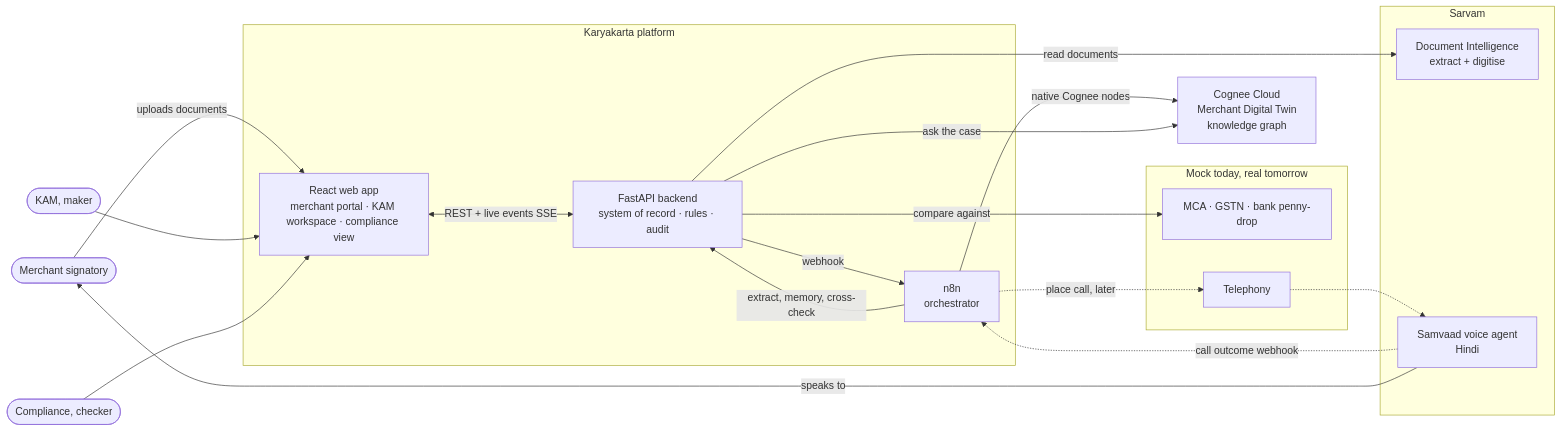
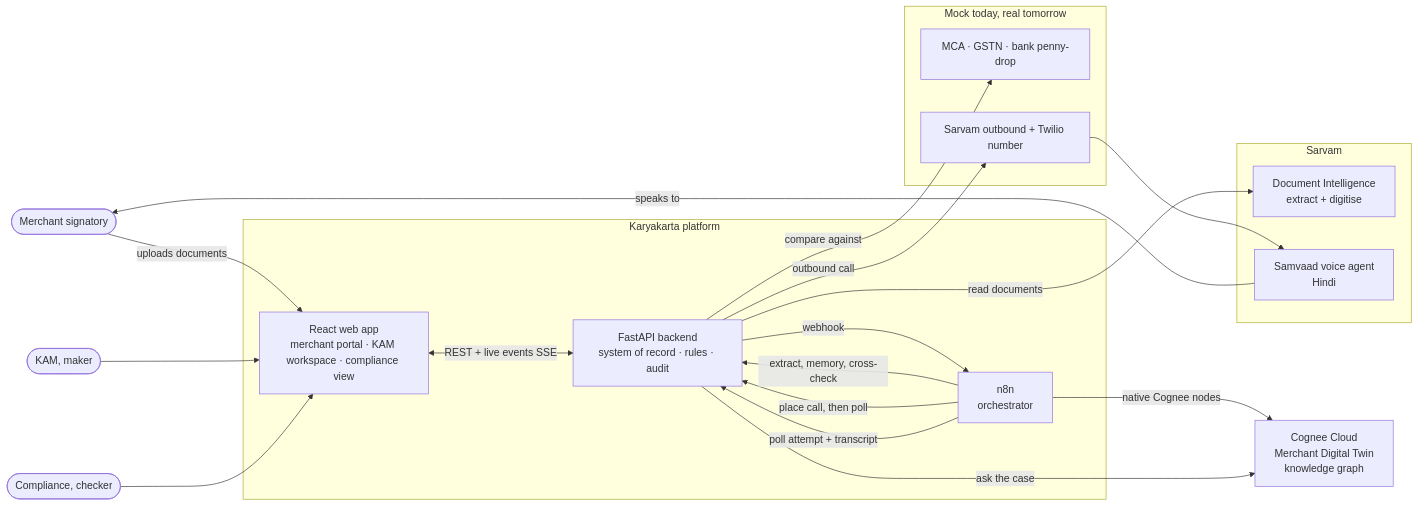
One commit to sam22ridhi/workflowkyc changed the first of 9 diagrams in docs/01_ARCHITECTURE.md. Above: the diagram before and after it, drawn with Mermaid. The commit also changed other lines of this file and 27 other files, not shown here.

````diff
--- a/docs/01_ARCHITECTURE.md
+++ b/docs/01_ARCHITECTURE.md
@@ -17,38 +17,39 @@
 ```mermaid
 flowchart LR
     M([Merchant signatory])
     K([KAM, maker])
     C([Compliance, checker])
 
     subgraph KARYA[Karyakarta platform]
         UI[React web app<br/>merchant portal · KAM workspace · compliance view]
         API[FastAPI backend<br/>system of record · rules · audit]
         N8N[n8n<br/>orchestrator]
     end
 
     subgraph SARVAM[Sarvam]
         DI[Document Intelligence<br/>extract + digitise]
         VA[Samvaad voice agent<br/>Hindi]
     end
     COG[Cognee Cloud<br/>Merchant Digital Twin<br/>knowledge graph]
 
     subgraph MOCK[Mock today, real tomorrow]
         REG[MCA · GSTN · bank penny-drop]
-        TEL[Telephony]
+        TEL[Sarvam outbound + Twilio number]
     end
 
     M -->|uploads documents| UI
     K --> UI
     C --> UI
     UI <-->|REST + live events SSE| API
     API -->|webhook| N8N
     N8N -->|extract, memory, cross-check| API
     API -->|read documents| DI
     N8N -->|native Cognee nodes| COG
     API -->|ask the case| COG
-    N8N -.->|place call, later| TEL
-    TEL -.-> VA
-    VA -.->|call outcome webhook| N8N
+    N8N -->|place call, then poll| API
+    API -->|outbound call| TEL
+    TEL --> VA
+    N8N -->|poll attempt + transcript| API
     API -->|compare against| REG
     VA -->|speaks to| M
 ```
````
